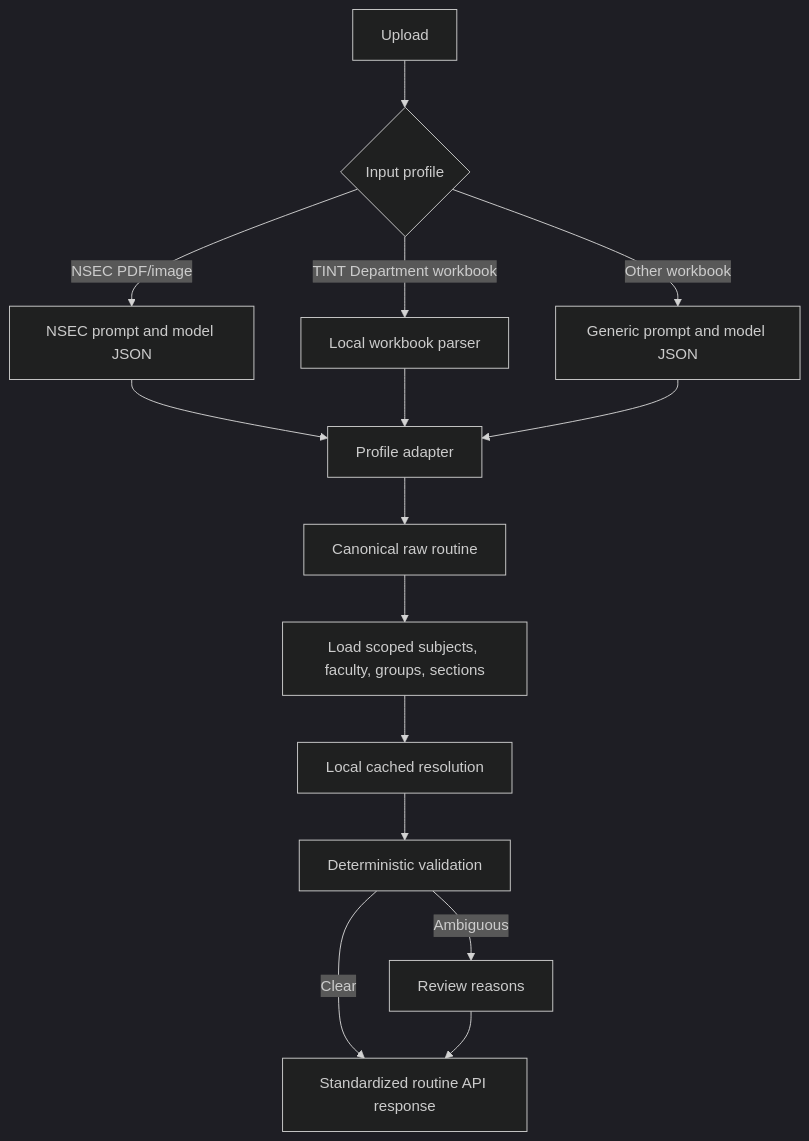
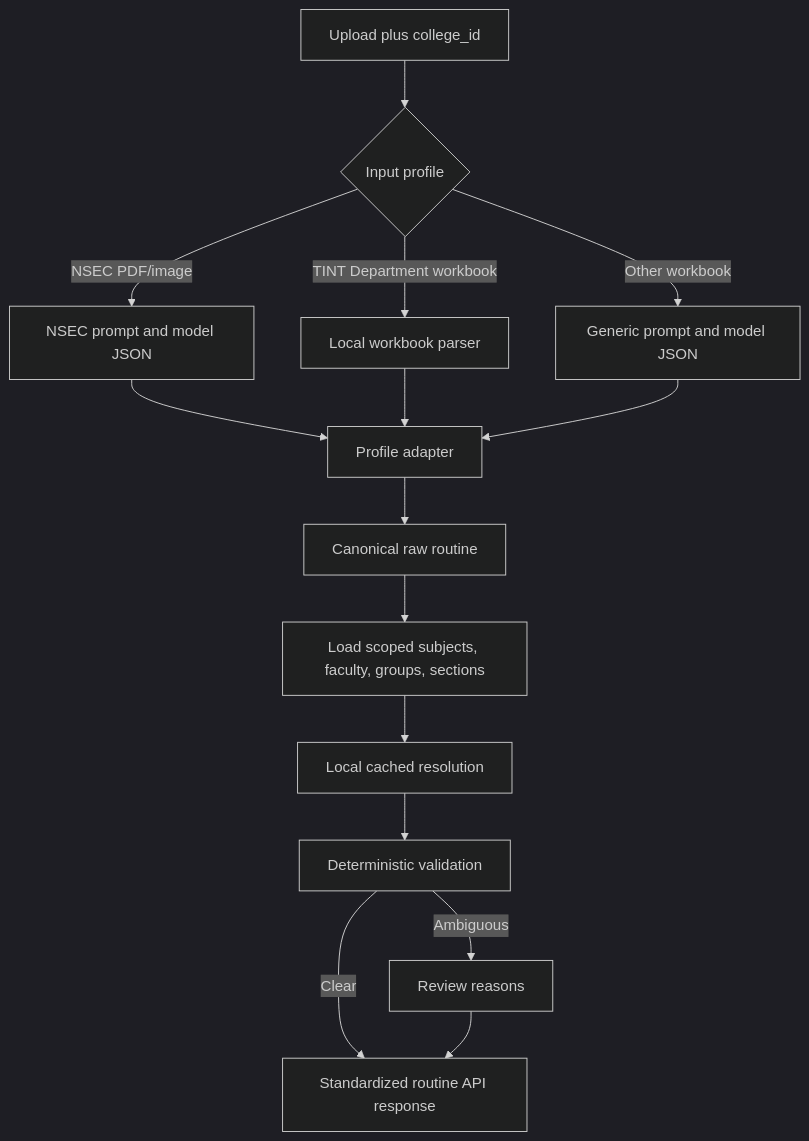
One commit to Ash310u/AI-Routine-Analyzer changed the diagram in FLOWCHART.md. Above: the diagram before and after it, drawn with Mermaid (dark theme). The commit also changed other lines of this file and 11 other files, not shown here.

````diff
--- a/FLOWCHART.md
+++ b/FLOWCHART.md
@@ -3,17 +3,17 @@
 ```mermaid
 flowchart TD
-    A[Upload] --> B{Input profile}
+    A[Upload plus college_id] --> B{Input profile}
     B -->|NSEC PDF/image| C[NSEC prompt and model JSON]
     B -->|TINT Department workbook| D[Local workbook parser]
     B -->|Other workbook| E[Generic prompt and model JSON]
     C --> F[Profile adapter]
     D --> F
     E --> F
     F --> G[Canonical raw routine]
     G --> H[Load scoped subjects, faculty, groups, sections]
     H --> I[Local cached resolution]
     I --> J[Deterministic validation]
     J -->|Clear| K[Standardized routine API response]
     J -->|Ambiguous| L[Review reasons]
     L --> K
 ```
````
